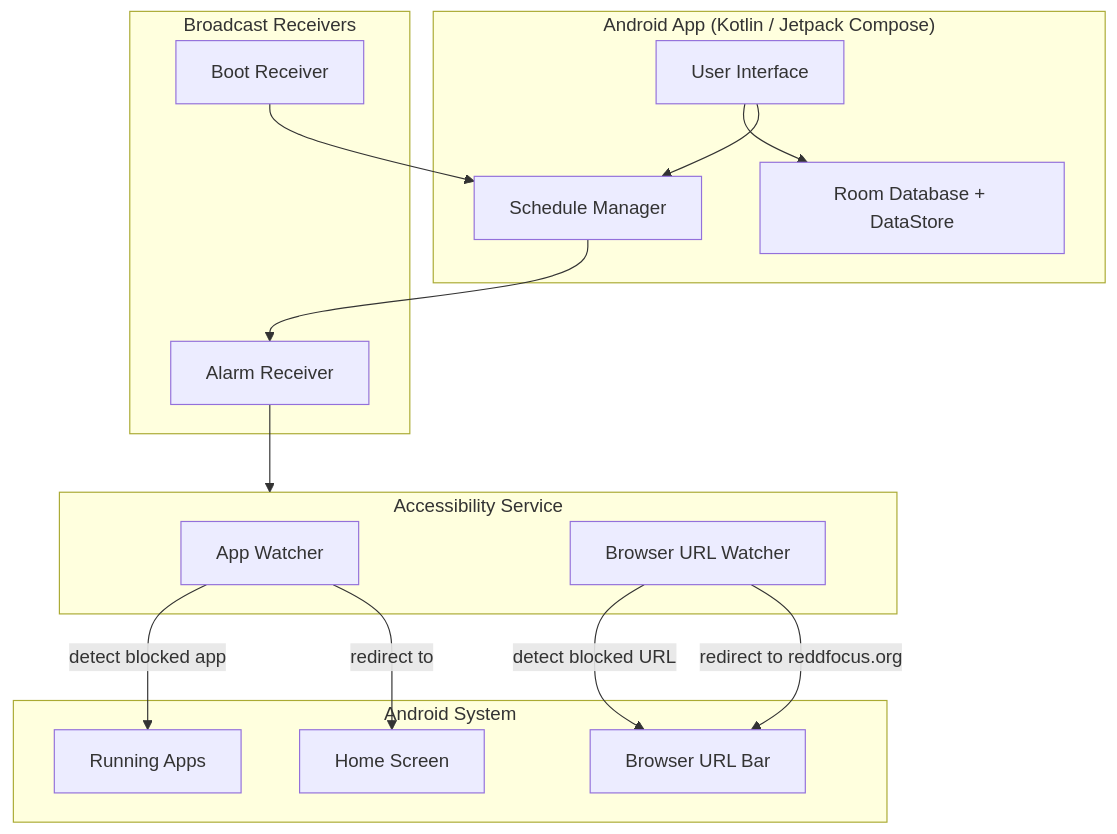
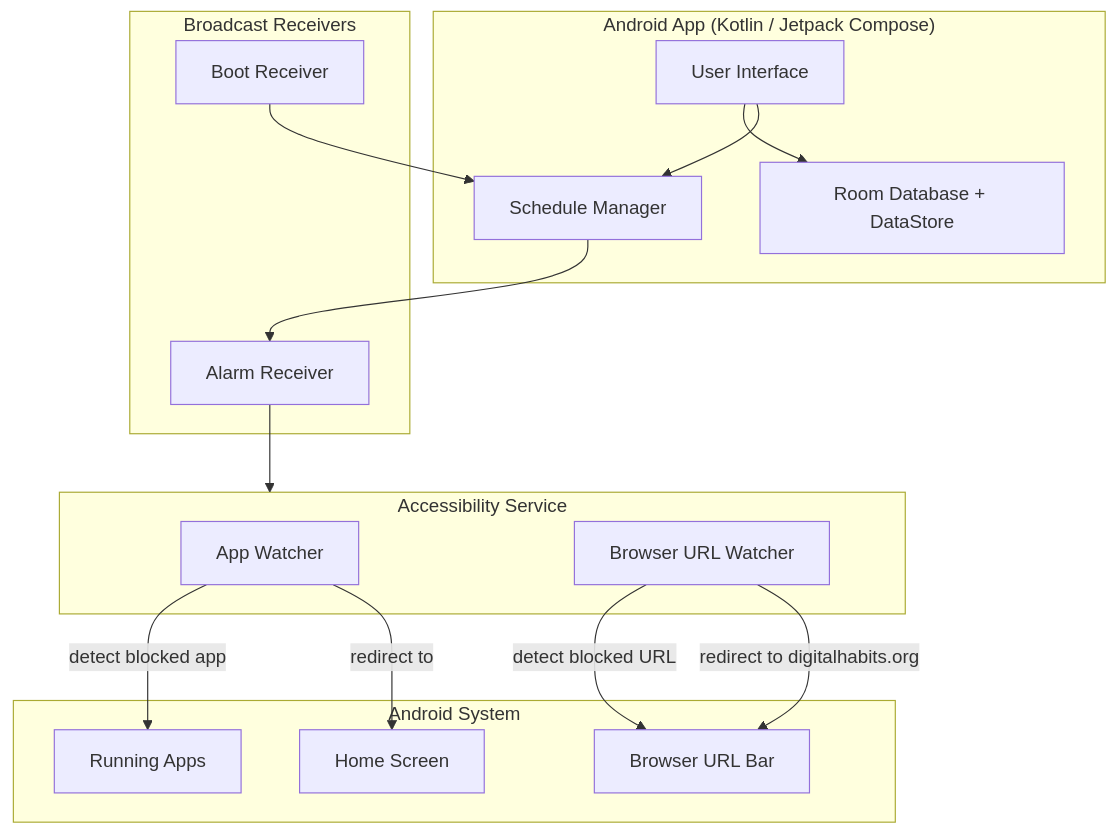
The diagram in README.md (digitalhabits/dh-blocker-android), drawn with Mermaid before and after one commit. The commit also changed other lines of this file and 2 other files, not shown here.

First line of the commit message:
Update focus-page redirect to digitalhabits.org

````diff
--- a/README.md
+++ b/README.md
@@ -20,34 +20,34 @@
 ```mermaid
 flowchart TB
     subgraph App["Android App (Kotlin / Jetpack Compose)"]
         UI[User Interface]
         Data[Room Database + DataStore]
         Scheduler[Schedule Manager]
     end
 
     subgraph Service["Accessibility Service"]
         AppWatcher[App Watcher]
         WebWatcher[Browser URL Watcher]
     end
 
     subgraph Receiver["Broadcast Receivers"]
         Boot[Boot Receiver]
         Alarm[Alarm Receiver]
     end
 
     subgraph System["Android System"]
         Apps[Running Apps]
         Browsers[Browser URL Bar]
         Home[Home Screen]
     end
 
     UI --> Data
     UI --> Scheduler
     Scheduler --> Alarm
     Boot --> Scheduler
     Alarm --> Service
     AppWatcher -->|detect blocked app| Apps
     AppWatcher -->|redirect to| Home
     WebWatcher -->|detect blocked URL| Browsers
-    WebWatcher -->|redirect to reddfocus.org| Browsers
+    WebWatcher -->|redirect to digitalhabits.org| Browsers
 ```
````
